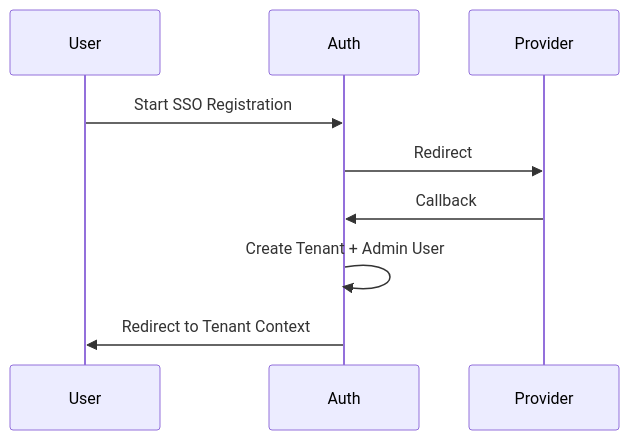
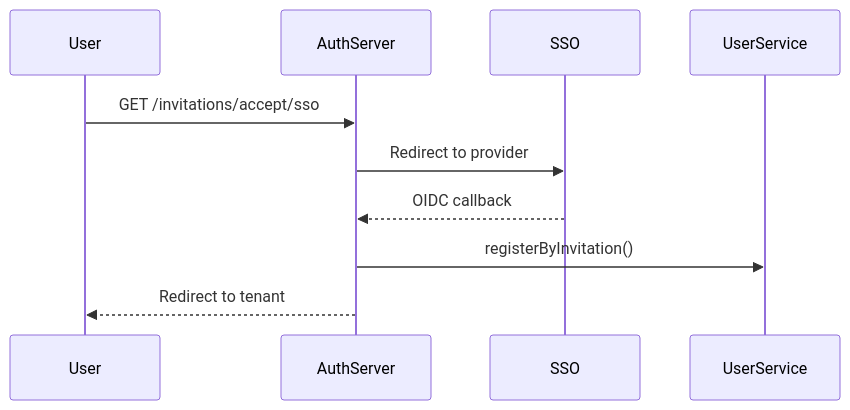
The fifth of 6 diagrams in docs/architecture/authorization-server-core/authorization-server-core.md (Praesto-Pro/openframe-oss-tenant), drawn with Mermaid before and after one commit. The commit also changed other lines of this file and 214 other files, not shown here.

````diff
--- a/docs/architecture/authorization-server-core/authorization-server-core.md
+++ b/docs/architecture/authorization-server-core/authorization-server-core.md
@@ -228,12 +207,13 @@
 ```mermaid
 sequenceDiagram
     participant User
-    participant Auth
-    participant Provider
+    participant AuthServer
+    participant SSO
+    participant UserService
 
-    User->>Auth: Start SSO Registration
-    Auth->>Provider: Redirect
-    Provider->>Auth: Callback
-    Auth->>Auth: Create Tenant + Admin User
-    Auth->>User: Redirect to Tenant Context
+    User->>AuthServer: GET /invitations/accept/sso
+    AuthServer->>SSO: Redirect to provider
+    SSO-->>AuthServer: OIDC callback
+    AuthServer->>UserService: registerByInvitation()
+    AuthServer-->>User: Redirect to tenant
 ```
````
